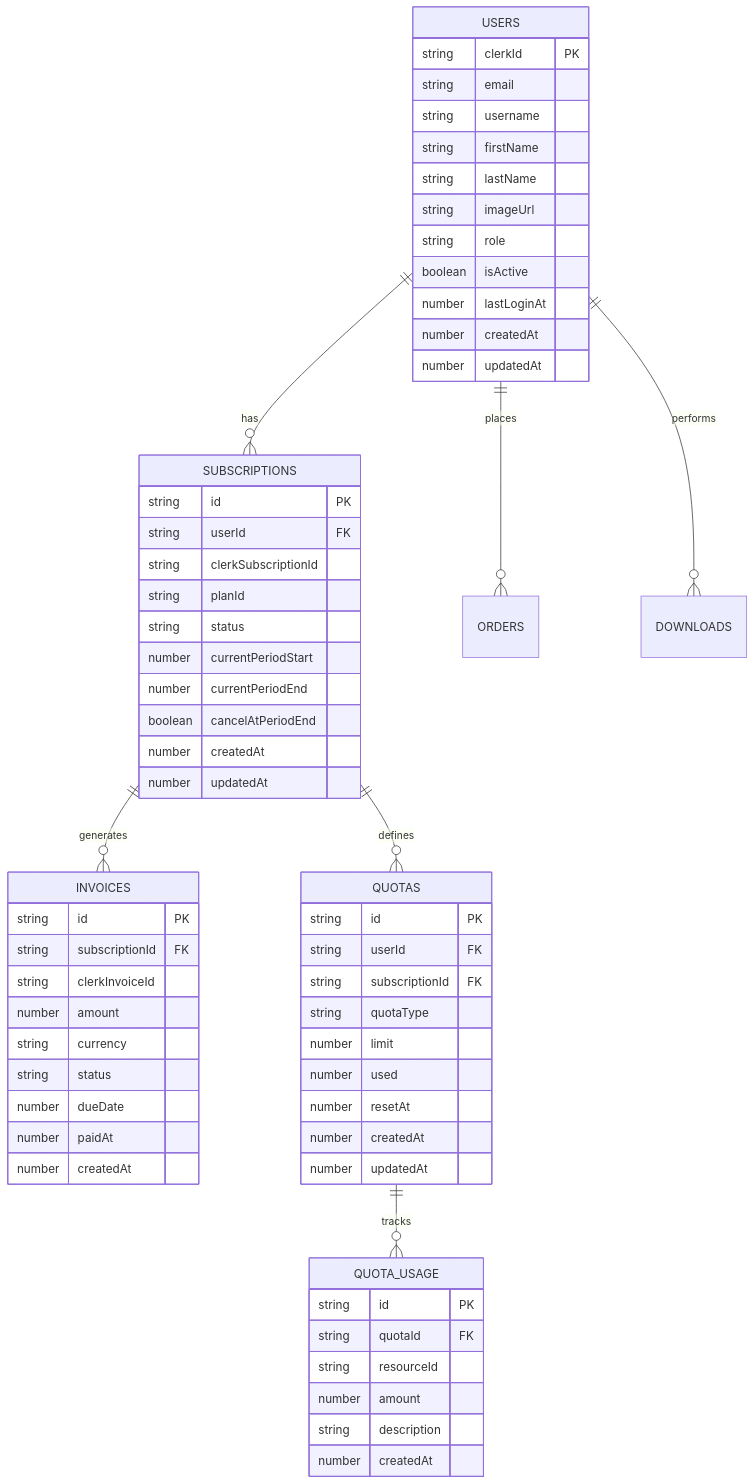
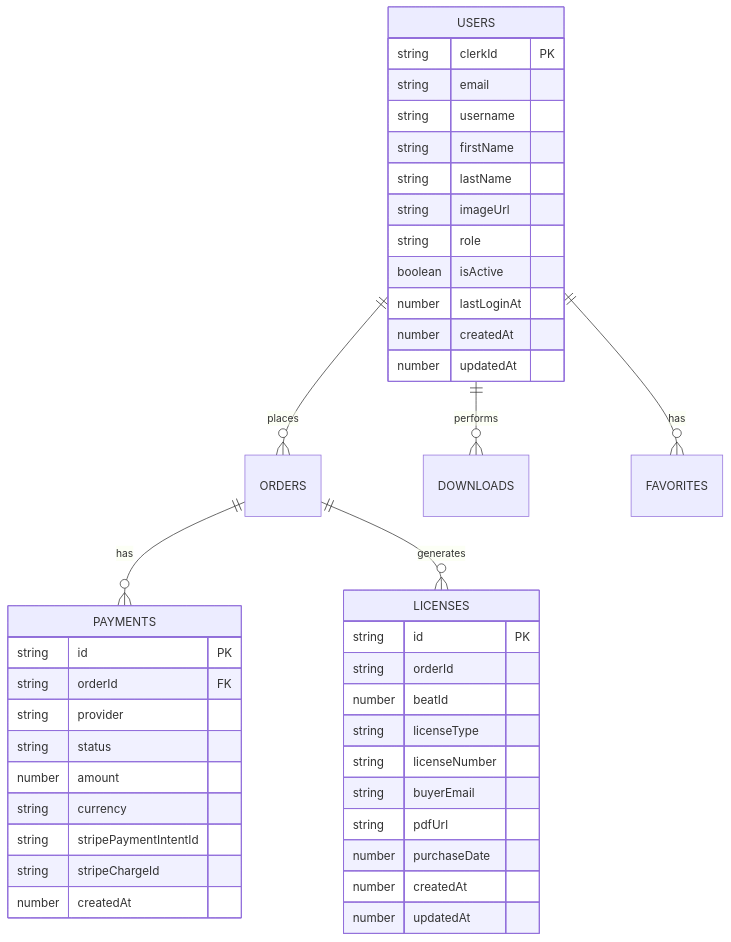
One commit to treimaine/BroLab-Store changed the third of 3 diagrams in .cursor/rules/brolab-rules-5.mdc. Above: the diagram before and after it, drawn with Mermaid. The commit also changed other lines of this file and 11 other files, not shown here.

````diff
--- a/.cursor/rules/brolab-rules-5.mdc
+++ b/.cursor/rules/brolab-rules-5.mdc
@@ -195,69 +234,47 @@
 ```mermaid
 erDiagram
-    USERS ||--o{ SUBSCRIPTIONS : has
-    SUBSCRIPTIONS ||--o{ INVOICES : generates
-    SUBSCRIPTIONS ||--o{ QUOTAS : defines
     USERS ||--o{ ORDERS : places
+    ORDERS ||--o{ PAYMENTS : has
+    ORDERS ||--o{ LICENSES : generates
     USERS ||--o{ DOWNLOADS : performs
-    QUOTAS ||--o{ QUOTA_USAGE : tracks
+    USERS ||--o{ FAVORITES : has
 
     USERS {
         string clerkId PK
         string email
         string username
         string firstName
         string lastName
         string imageUrl
         string role
         boolean isActive
         number lastLoginAt
         number createdAt
         number updatedAt
     }
 
-    SUBSCRIPTIONS {
+    PAYMENTS {
         string id PK
-        string userId FK
-        string clerkSubscriptionId
-        string planId
+        string orderId FK
+        string provider
         string status
-        number currentPeriodStart
-        number currentPeriodEnd
-        boolean cancelAtPeriodEnd
+        number amount
+        string currency
+        string stripePaymentIntentId
+        string stripeChargeId
+        number createdAt
+    }
+
+    LICENSES {
+        string id PK
+        string orderId
+        number beatId
+        string licenseType
+        string licenseNumber
+        string buyerEmail
+        string pdfUrl
+        number purchaseDate
         number createdAt
         number updatedAt
     }
-
-    INVOICES {
-        string id PK
-        string subscriptionId FK
-        string clerkInvoiceId
-        number amount
-        string currency
-        string status
-        number dueDate
-        number paidAt
-        number createdAt
-    }
-
-    QUOTAS {
-        string id PK
-        string userId FK
-        string subscriptionId FK
-        string quotaType
-        number limit
-        number used
-        number resetAt
-        number createdAt
-        number updatedAt
-    }
-
-    QUOTA_USAGE {
-        string id PK
-        string quotaId FK
-        string resourceId
-        number amount
-        string description
-        number createdAt
-    }
 ```
````
